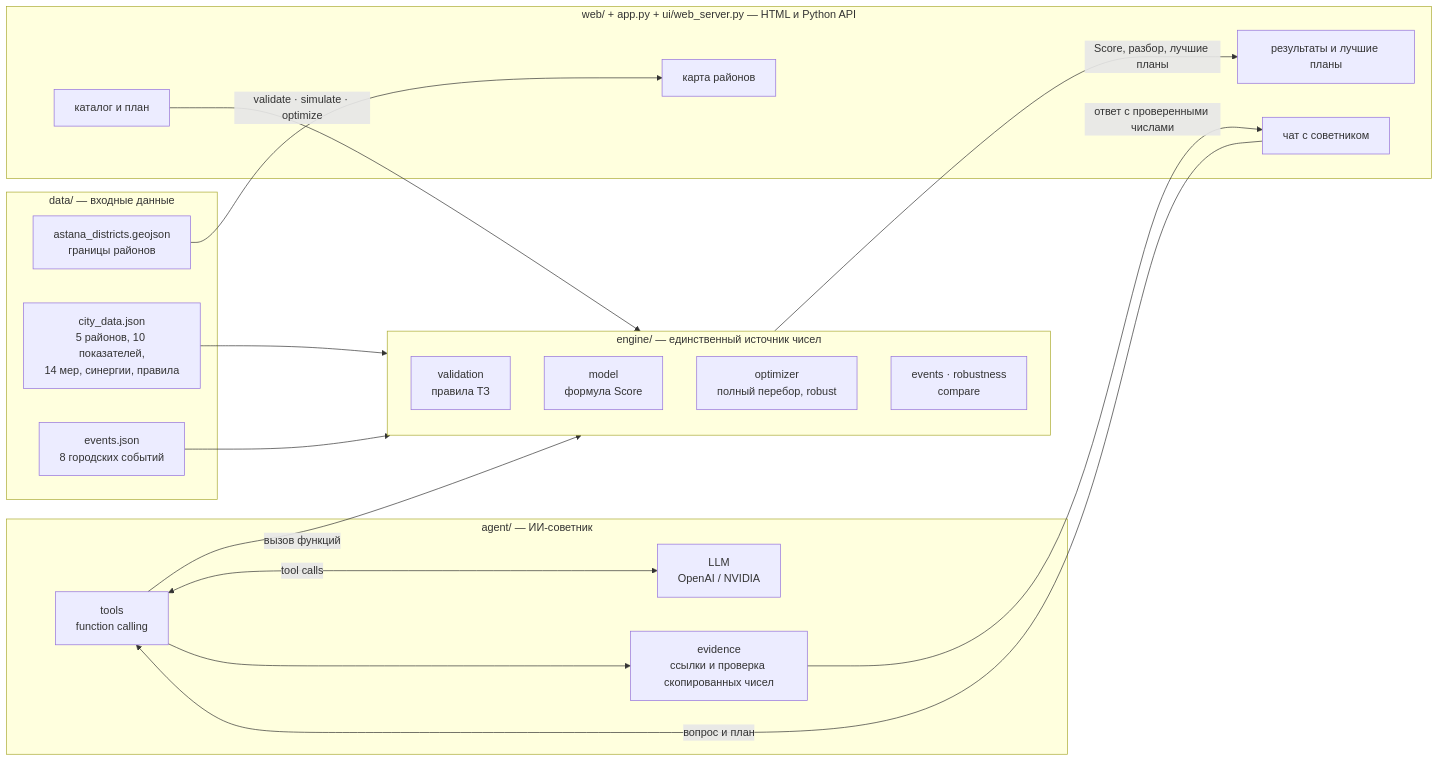
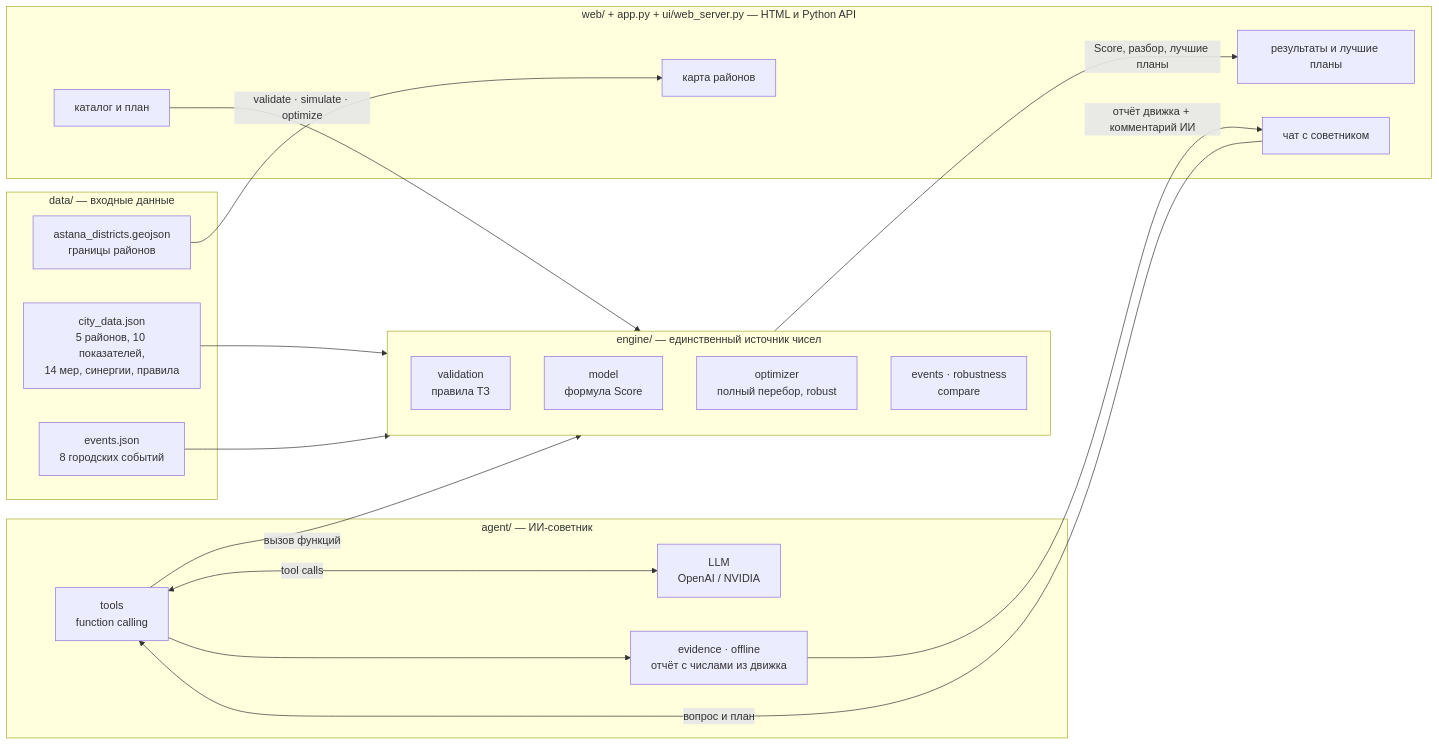
The first of 2 diagrams in README.md (BAITC-Hacks/hack-d3b2c613-stupits), drawn with Mermaid before and after one commit. The commit also changed other lines of this file and 35 other files, not shown here.

````diff
--- a/README.md
+++ b/README.md
@@ -194,39 +304,39 @@
 ```mermaid
 flowchart LR
     subgraph DATA["data/ — входные данные"]
         CD["city_data.json<br/>5 районов, 10 показателей,<br/>14 мер, синергии, правила"]
         EV["events.json<br/>8 городских событий"]
         GEO["astana_districts.geojson<br/>границы районов"]
     end
 
     subgraph ENGINE["engine/ — единственный источник чисел"]
         VAL["validation<br/>правила ТЗ"]
         MOD["model<br/>формула Score"]
         OPT["optimizer<br/>полный перебор, robust"]
         ROB["events · robustness<br/>compare"]
     end
 
     subgraph AGENT["agent/ — ИИ-советник"]
         LLM["LLM<br/>OpenAI / NVIDIA"]
         TOOLS["tools<br/>function calling"]
-        EVI["evidence<br/>ссылки и проверка скопированных чисел"]
+        EVI["evidence · offline<br/>отчёт с числами из движка"]
     end
 
     subgraph UI["web/ + app.py + ui/web_server.py — HTML и Python API"]
         MAP["карта районов"]
         PLAN["каталог и план"]
         RES["результаты и лучшие планы"]
         CHAT["чат с советником"]
     end
 
     CD --> ENGINE
     EV --> ENGINE
     GEO --> MAP
     PLAN -->|validate · simulate · optimize| ENGINE
     ENGINE -->|Score, разбор, лучшие планы| RES
     CHAT -->|вопрос и план| TOOLS
     TOOLS <-->|tool calls| LLM
     TOOLS -->|вызов функций| ENGINE
     TOOLS --> EVI
-    EVI -->|ответ с проверенными числами| CHAT
+    EVI -->|отчёт движка + комментарий ИИ| CHAT
 ```
````
